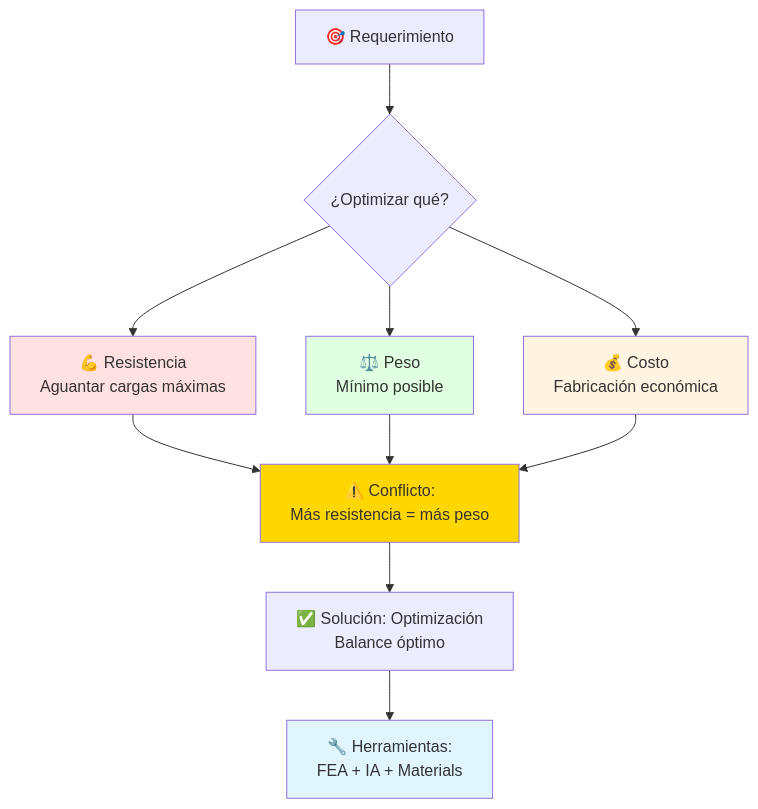
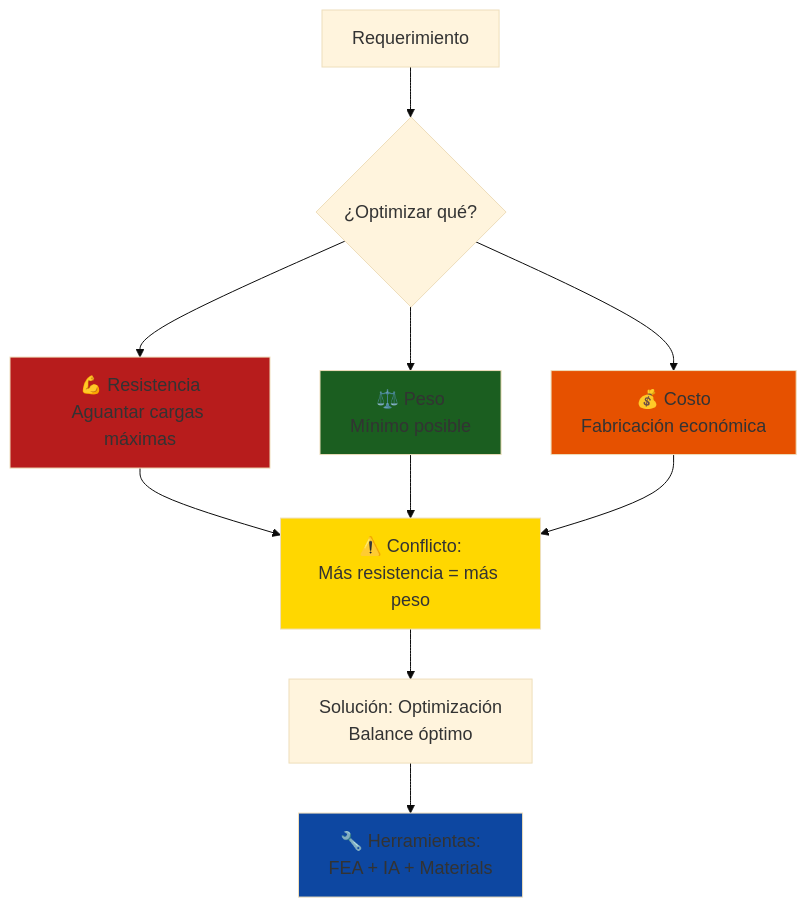
Before and after one commit to Ai-Whisperers/Courses-Content: the second of 18 diagrams in courses/🟡-development/FPUNA-2026/03-INGENIERIA-AERONAUTICA/03-estructuras-materiales.md, drawn with Mermaid. The commit also changed other lines of this file and 47 other files, not shown here.

First line of the commit message:
fix: Make all 473 diagrams WCAG AAA accessible (FPUNA-2026)

````diff
--- a/courses/🟡-development/FPUNA-2026/03-INGENIERIA-AERONAUTICA/03-estructuras-materiales.md
+++ b/courses/🟡-development/FPUNA-2026/03-INGENIERIA-AERONAUTICA/03-estructuras-materiales.md
@@ -172,22 +173,23 @@
 ```mermaid
+%%{init: {'theme':'base', 'themeVariables': {'fontSize':'18px'}}}%%
 graph TD
-    Start[🎯 Requerimiento] --> Q{¿Optimizar qué?}
+    Start[Requerimiento] --> Q{¿Optimizar qué?}
     
     Q --> A[💪 Resistencia<br/>Aguantar cargas máximas]
     Q --> B[⚖️ Peso<br/>Mínimo posible]
     Q --> C[💰 Costo<br/>Fabricación económica]
     
     A --> D[⚠️ Conflicto:<br/>Más resistencia = más peso]
     B --> D
     C --> D
     
-    D --> E[✅ Solución: Optimización<br/>Balance óptimo]
+    D --> E[Solución: Optimización<br/>Balance óptimo]
     
     E --> F[🔧 Herramientas:<br/>FEA + IA + Materials]
     
-    style A fill:#FFE1E1
-    style B fill:#E1FFE1
-    style C fill:#FFF4E1
+    style A fill:#b71c1c
+    style B fill:#1b5e20
+    style C fill:#e65100
     style D fill:#FFD700
-    style F fill:#E1F5FF
+    style F fill:#0d47a1
 ```
````
